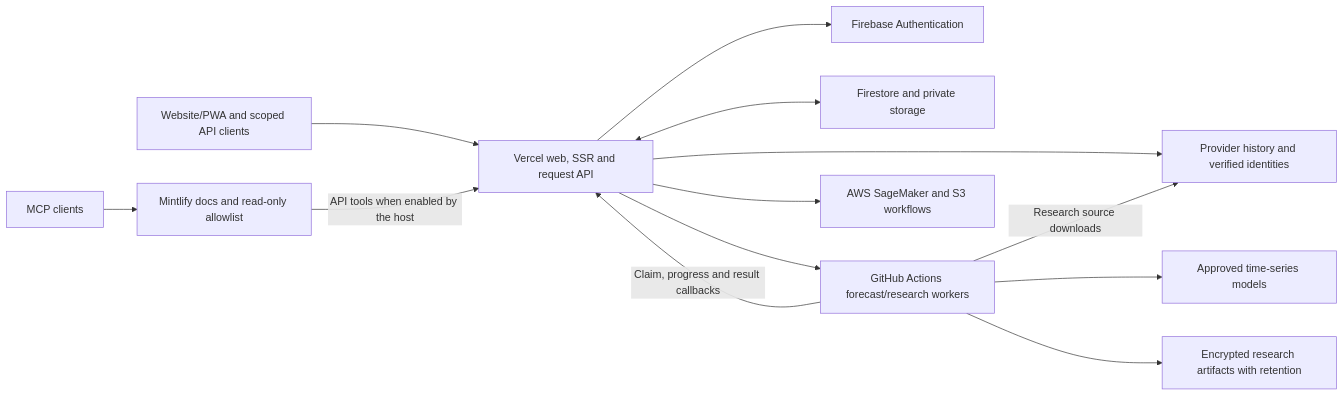
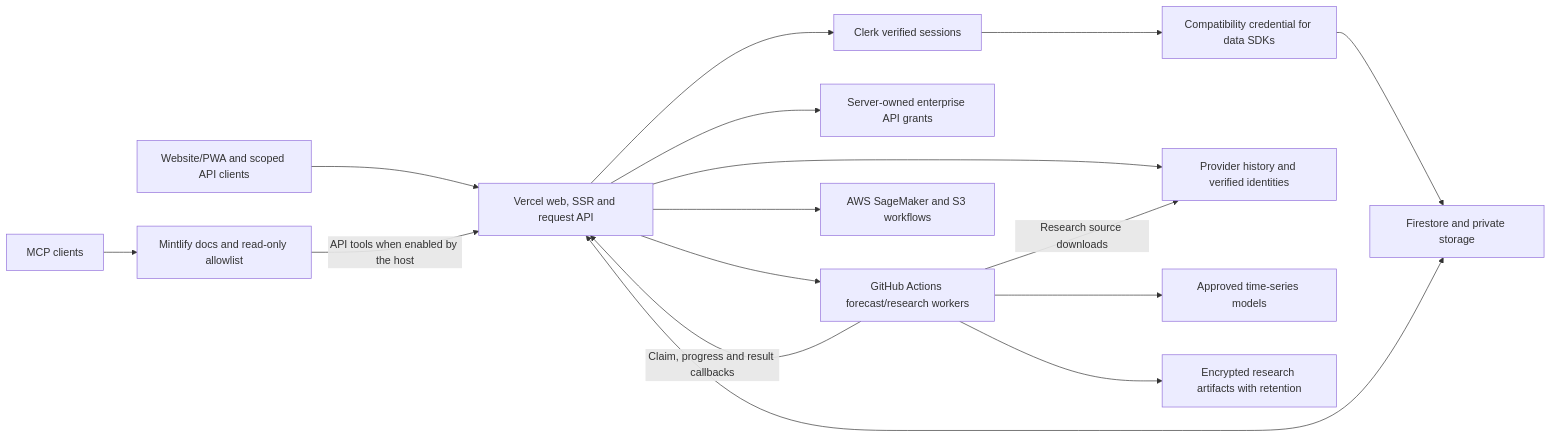
The first of 2 diagrams in README.md (tamzid2001/stockssagemakerdata), drawn with Mermaid before and after one commit. The commit also changed other lines of this file and 377 other files, not shown here.

Commit message:
Publish Clerk accounts, verified data sources and website navigation updates

````diff
--- a/README.md
+++ b/README.md
@@ -97,15 +99,18 @@
 ```mermaid
 flowchart LR
     Clients[Website/PWA and scoped API clients] --> API[Vercel web, SSR and request API]
-    API --> Identity[Firebase Authentication]
+    API --> Identity[Clerk verified sessions]
+    Identity --> Bridge[Compatibility credential for data SDKs]
+    Bridge --> State
+    API --> Enterprise[Server-owned enterprise API grants]
     API <--> State[Firestore and private storage]
     API --> Data[Provider history and verified identities]
     API --> Workers[GitHub Actions forecast/research workers]
     Workers --> Models[Approved time-series models]
     Workers -->|Claim, progress and result callbacks| API
     Workers -->|Research source downloads| Data
     Workers --> Artifacts[Encrypted research artifacts with retention]
     API --> Legacy[AWS SageMaker and S3 workflows]
     MCP[MCP clients] --> Docs[Mintlify docs and read-only allowlist]
     Docs -->|API tools when enabled by the host| API
 ```
````
